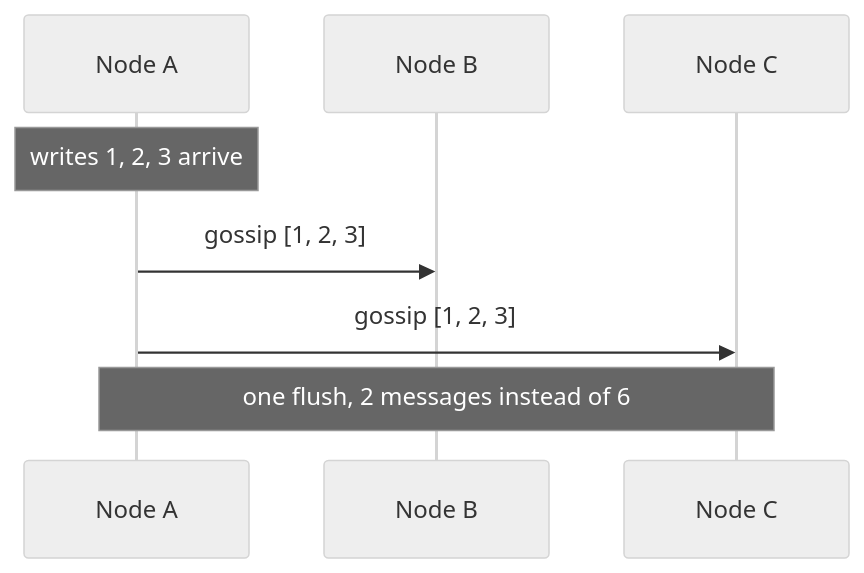
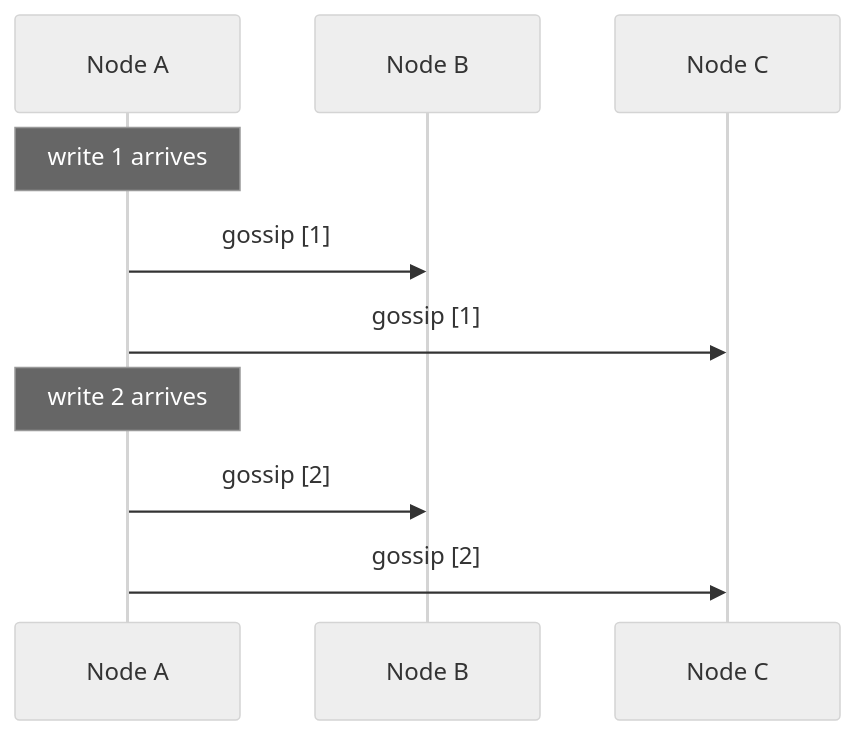
Before and after one commit to rcya1/personal-website: the third of 8 diagrams in posts/dist-sys-challenges.md, drawn with Mermaid (neutral theme). The commit also changed other lines of this file and 5 other files, not shown here.

````diff
--- a/posts/dist-sys-challenges.md
+++ b/posts/dist-sys-challenges.md
@@ -91,10 +93,12 @@
 ```mermaid
 sequenceDiagram
     participant A as Node A
     participant B as Node B
     participant C as Node C
-    Note over A: writes 1, 2, 3 arrive
-    A->>B: gossip [1, 2, 3]
-    A->>C: gossip [1, 2, 3]
-    Note over A,C: one flush, 2 messages instead of 6
+    Note over A: write 1 arrives
+    A->>B: gossip [1]
+    A->>C: gossip [1]
+    Note over A: write 2 arrives
+    A->>B: gossip [2]
+    A->>C: gossip [2]
 ```
````
